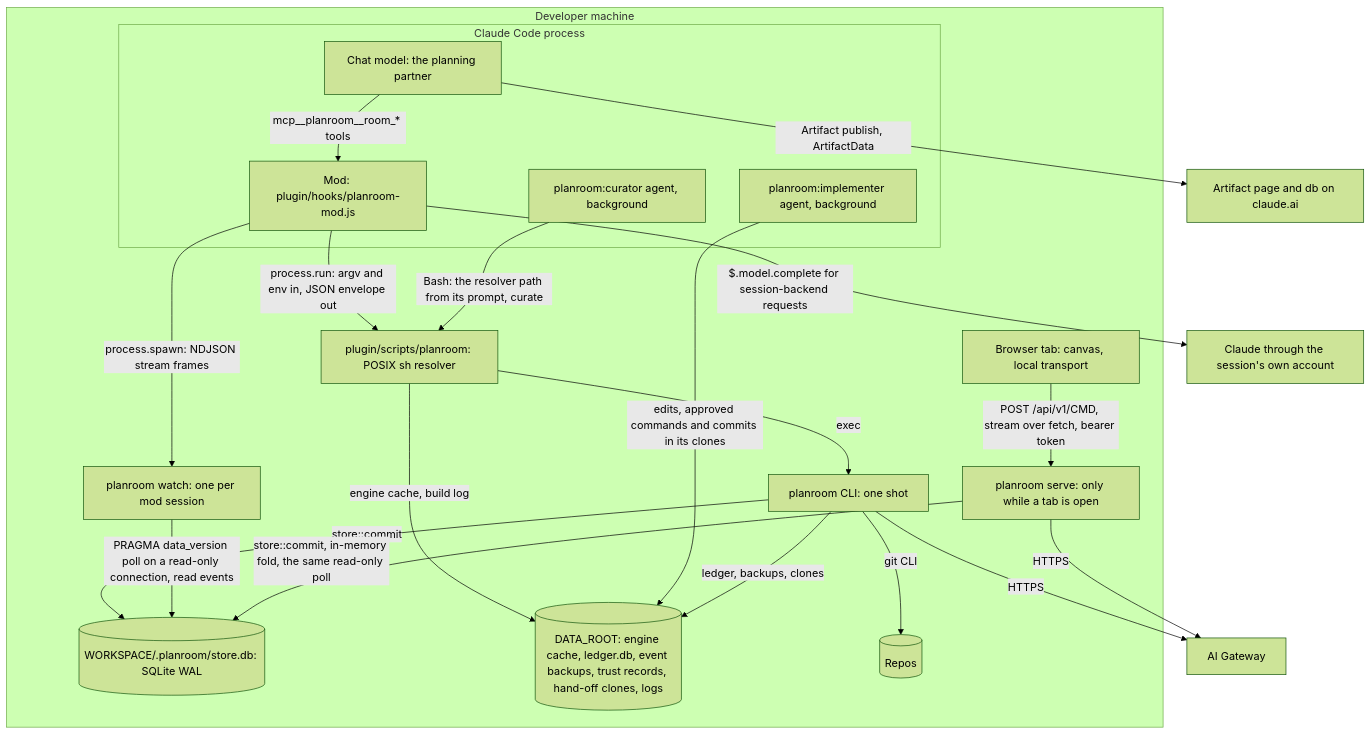
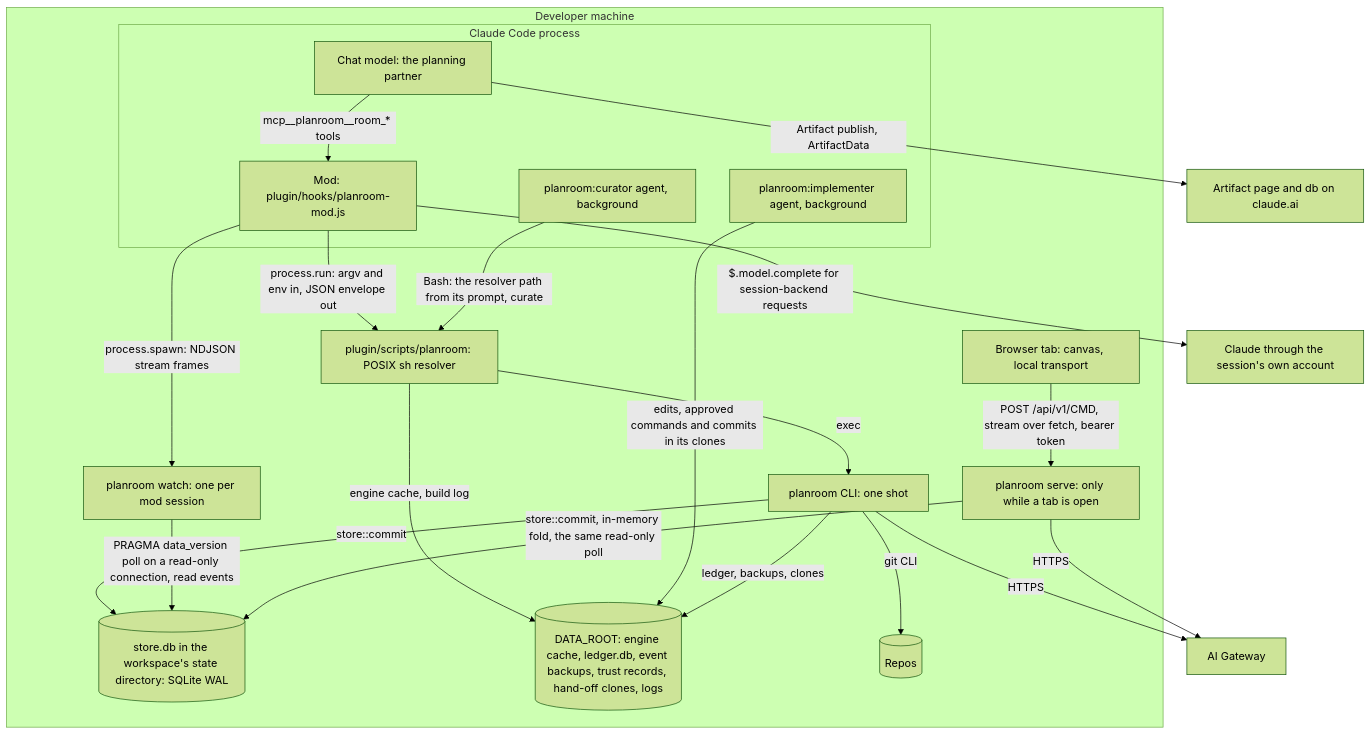
Before and after one commit to doodla/planroom: the second of 7 diagrams in docs/contributing/architecture.md, drawn with Mermaid (forest theme). The commit also changed other lines of this file and 2 other files, not shown here.

First line of the commit message:
WIP: architecture review round 3 fixes in progress

````diff
--- a/docs/contributing/architecture.md
+++ b/docs/contributing/architecture.md
@@ -110,39 +110,39 @@
 ```mermaid
 flowchart TB
   subgraph machine["Developer machine"]
     subgraph ccp["Claude Code process"]
       mod["Mod: plugin/hooks/planroom-mod.js"]
       chat["Chat model: the planning partner"]
       impl["planroom:implementer agent, background"]
       cur["planroom:curator agent, background"]
     end
     resolver["plugin/scripts/planroom: POSIX sh resolver"]
     cli["planroom CLI: one shot"]
     watch["planroom watch: one per mod session"]
     serve["planroom serve: only while a tab is open"]
-    db[("WORKSPACE/.planroom/store.db: SQLite WAL")]
+    db[("store.db in the workspace's state directory: SQLite WAL")]
     data[("DATA_ROOT: engine cache, ledger.db, event backups, trust records, hand-off clones, logs")]
     repos[("Repos")]
     tab["Browser tab: canvas, local transport"]
   end
   gw["AI Gateway"]
   acct["Claude through the session's own account"]
   art["Artifact page and db on claude.ai"]
   chat -- "mcp__planroom__room_* tools" --> mod
   mod -- "process.run: argv and env in, JSON envelope out" --> resolver
   mod -- "process.spawn: NDJSON stream frames" --> watch
   mod -- "$.model.complete for session-backend requests" --> acct
   resolver -- "exec" --> cli
   resolver -- "engine cache, build log" --> data
   cur -- "Bash: the resolver path from its prompt, curate" --> resolver
   impl -- "edits, approved commands and commits in its clones" --> data
   cli -- "store::commit" --> db
   cli -- "ledger, backups, clones" --> data
   watch -- "PRAGMA data_version poll on a read-only connection, read events" --> db
   serve -- "store::commit, in-memory fold, the same read-only poll" --> db
   cli -- "git CLI" --> repos
   tab -- "POST /api/v1/CMD, stream over fetch, bearer token" --> serve
   cli -- "HTTPS" --> gw
   serve -- "HTTPS" --> gw
   chat -- "Artifact publish, ArtifactData" --> art
 ```
````
